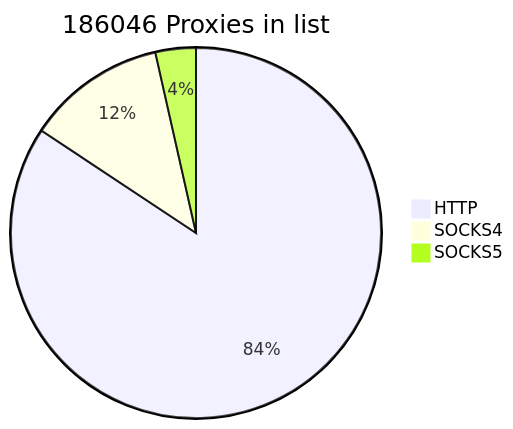
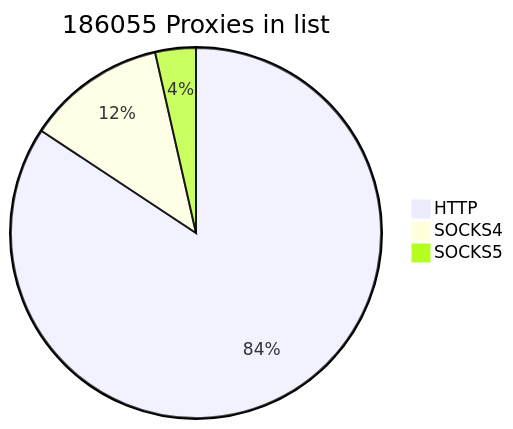
The first of 2 diagrams in README.md (cutipu/proxylist), drawn with Mermaid before and after one commit. The commit also changed other lines of this file, not shown here.

````diff
--- a/README.md
+++ b/README.md
@@ -2,7 +2,7 @@
 ```mermaid
-pie title 186046 Proxies in list
-    "HTTP" : 156865
+pie title 186055 Proxies in list
+    "HTTP" : 156841
     "SOCKS4" : 22614
-    "SOCKS5" : 6567
+    "SOCKS5" : 6600
             
 ```
````
